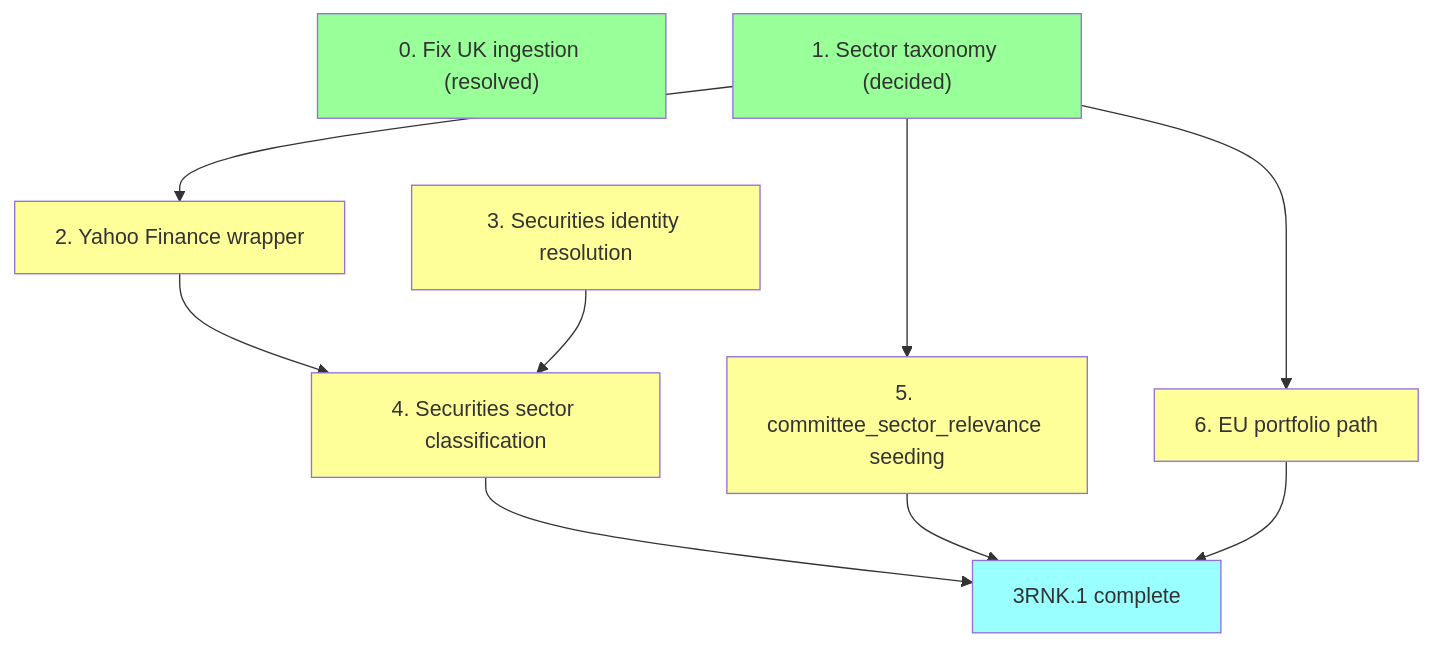
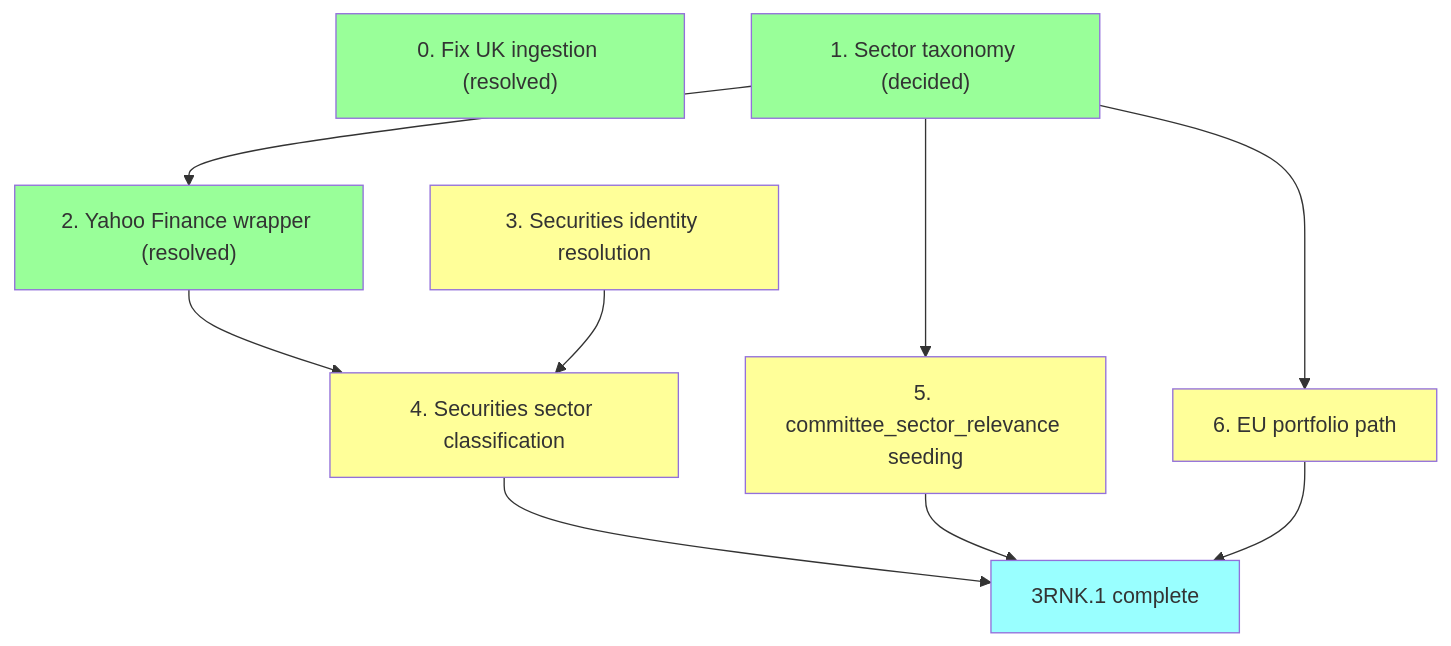
One commit to Oggie112/CrossBench changed the diagram in docs/plan/3rnk1-prerequisites.md. Above: the diagram before and after it, drawn with Mermaid. The commit also changed other lines of this file, not shown here.

First line of the commit message:
docs(plan): mark 3RNK.1 step 2 resolved

````diff
--- a/docs/plan/3rnk1-prerequisites.md
+++ b/docs/plan/3rnk1-prerequisites.md
@@ -65,25 +67,25 @@
 ```mermaid
 graph TD
   s0["0. Fix UK ingestion (resolved)"]:::done
   s1["1. Sector taxonomy (decided)"]:::done
-  s2["2. Yahoo Finance wrapper"]:::open
+  s2["2. Yahoo Finance wrapper (resolved)"]:::done
   s3["3. Securities identity resolution"]:::open
   s4["4. Securities sector classification"]:::open
   s5["5. committee_sector_relevance seeding"]:::open
   s6["6. EU portfolio path"]:::open
   done3rnk["3RNK.1 complete"]:::mile
 
   s1 --> s2
   s2 --> s4
   s3 --> s4
   s1 --> s5
   s1 --> s6
   s4 --> done3rnk
   s5 --> done3rnk
   s6 --> done3rnk
 
   classDef indep fill:#ff9;
   classDef done fill:#9f9;
   classDef open fill:#ff9;
   classDef mile fill:#9ff;
 ```
````
